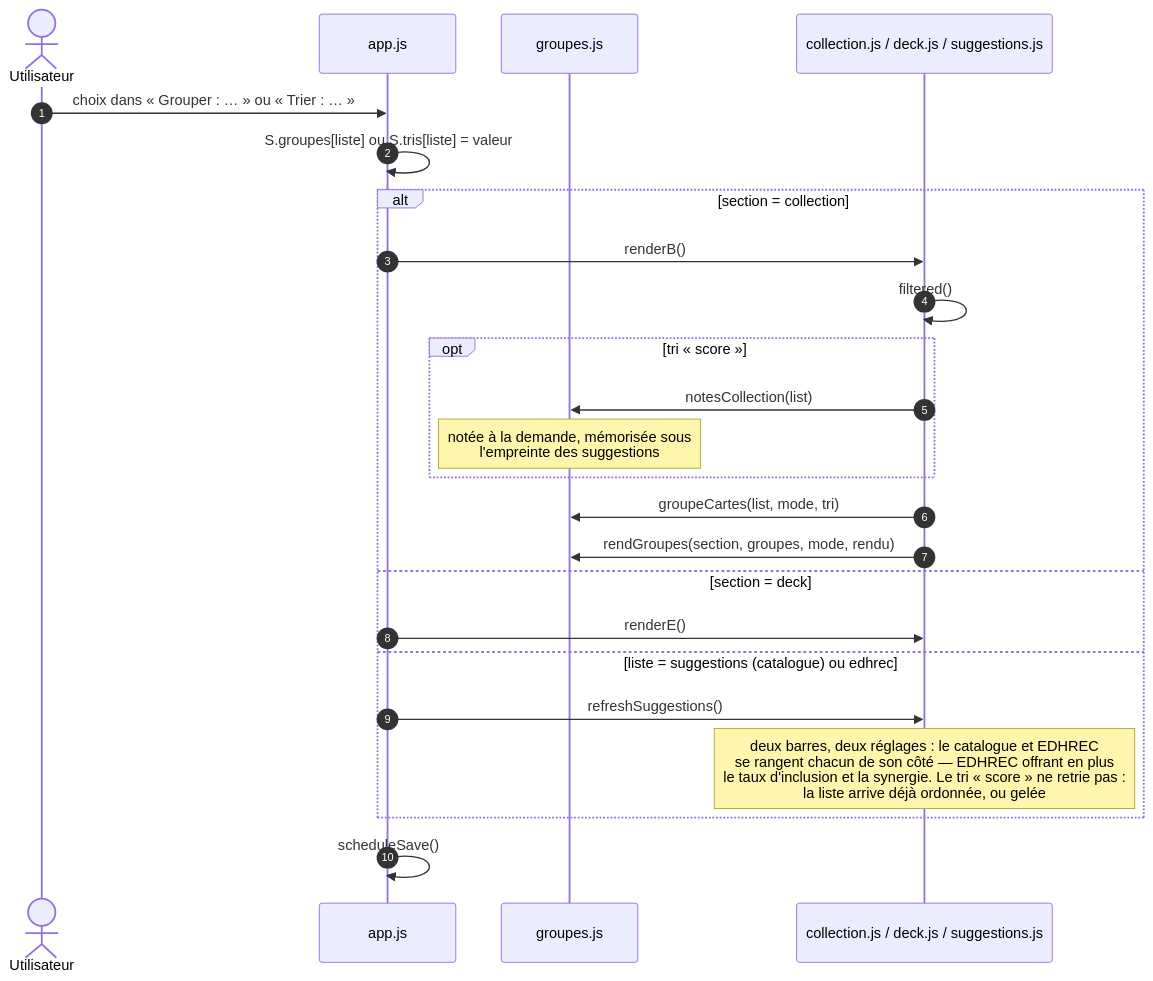
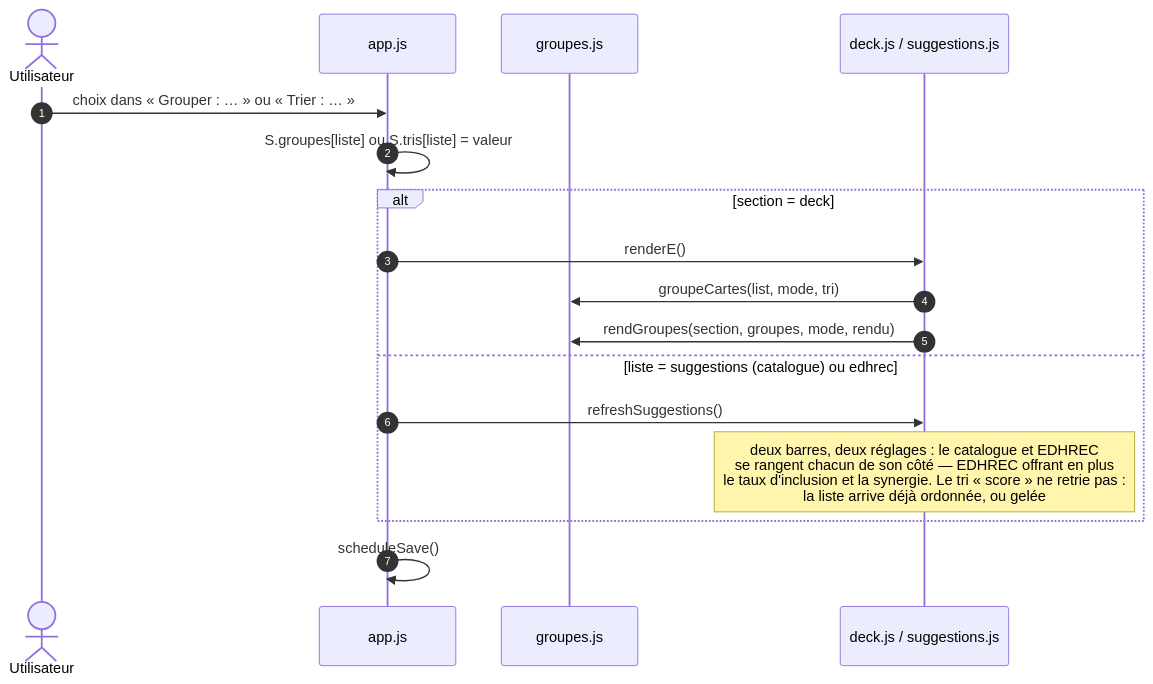
One commit to HJoudrier/MtgDeckBuilder_v3 changed the sixth of 14 diagrams in PARCOURS.md. Above: the diagram before and after it, drawn with Mermaid. The commit also changed other lines of this file and 13 other files, not shown here.

````diff
--- a/PARCOURS.md
+++ b/PARCOURS.md
@@ -300,27 +303,20 @@
 ```mermaid
 sequenceDiagram
     autonumber
     actor U as Utilisateur
     participant APP as app.js
     participant GRP as groupes.js
-    participant SEC as collection.js / deck.js / suggestions.js
+    participant SEC as deck.js / suggestions.js
 
     U->>APP: choix dans « Grouper : … » ou « Trier : … »
     APP->>APP: S.groupes[liste] ou S.tris[liste] = valeur
-    alt section = collection
-        APP->>SEC: renderB()
-        SEC->>SEC: filtered()
-        opt tri « score »
-            SEC->>GRP: notesCollection(list)
-            Note over GRP: notée à la demande, mémorisée sous<br/>l'empreinte des suggestions
-        end
+    alt section = deck
+        APP->>SEC: renderE()
         SEC->>GRP: groupeCartes(list, mode, tri)
         SEC->>GRP: rendGroupes(section, groupes, mode, rendu)
-    else section = deck
-        APP->>SEC: renderE()
     else liste = suggestions (catalogue) ou edhrec
         APP->>SEC: refreshSuggestions()
         Note over SEC: deux barres, deux réglages : le catalogue et EDHREC<br/>se rangent chacun de son côté — EDHREC offrant en plus<br/>le taux d'inclusion et la synergie. Le tri « score » ne retrie pas :<br/>la liste arrive déjà ordonnée, ou gelée
     end
     APP->>APP: scheduleSave()
 ```
````
